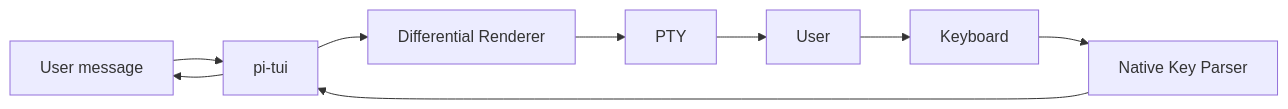
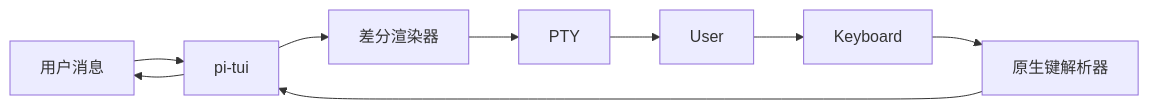
Before and after one commit to YeLuo45/oh-my-pi-design: the second of 2 diagrams in docs-site/docs/13-pi-tui.md, drawn with Mermaid. The commit also changed other lines of this file and 37 other files, not shown here.

````diff
--- a/docs-site/docs/13-pi-tui.md
+++ b/docs-site/docs/13-pi-tui.md
@@ -315,11 +315,11 @@
 ```mermaid
 flowchart LR
-  Agent[AgentEvent stream] --> TUI[pi-tui]
-  TUI --> Render[Differential Renderer]
+  Agent[AgentEvent 流] --> TUI[pi-tui]
+  TUI --> Render[差分渲染器]
   Render --> Terminal[PTY]
   Terminal --> User
   User --> Input[Keyboard]
-  Input --> Parser[Native Key Parser]
+  Input --> Parser[原生键解析器]
   Parser --> TUI
-  TUI --> Agent[User message]
+  TUI --> Agent[用户消息]
 ```
````
